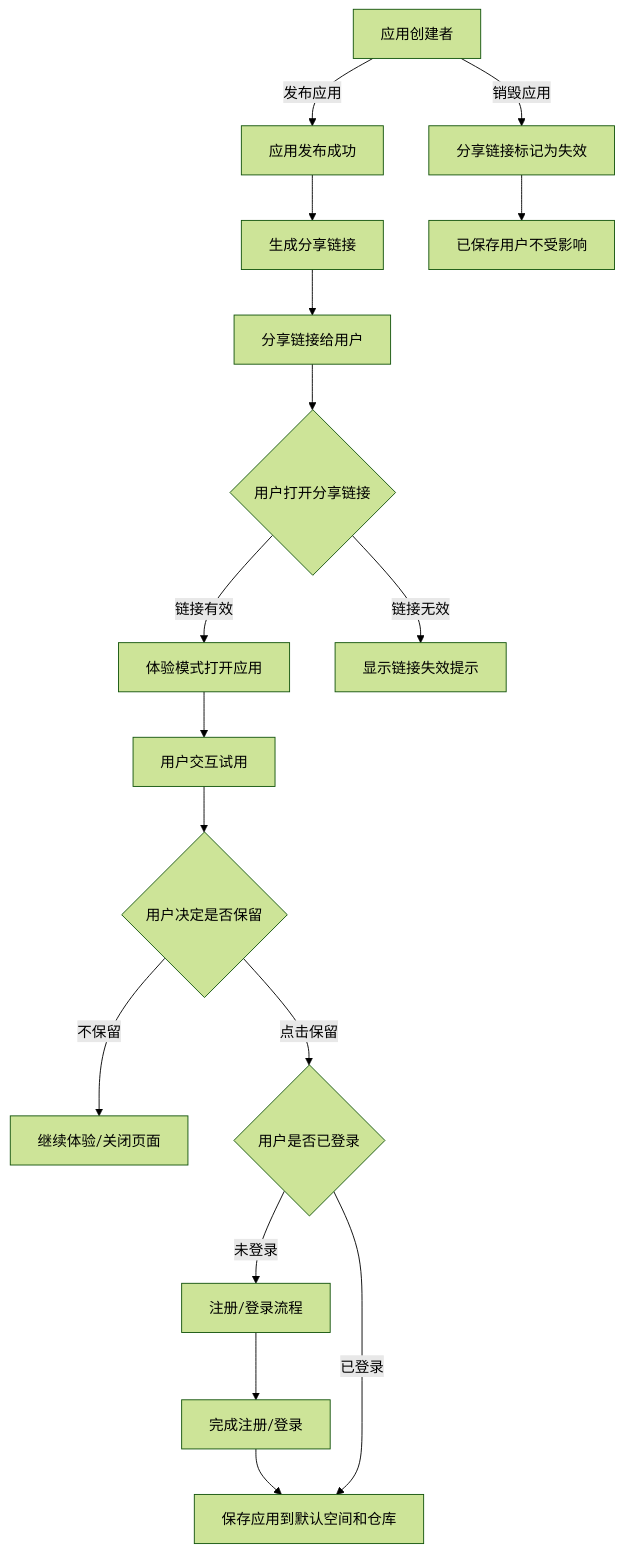
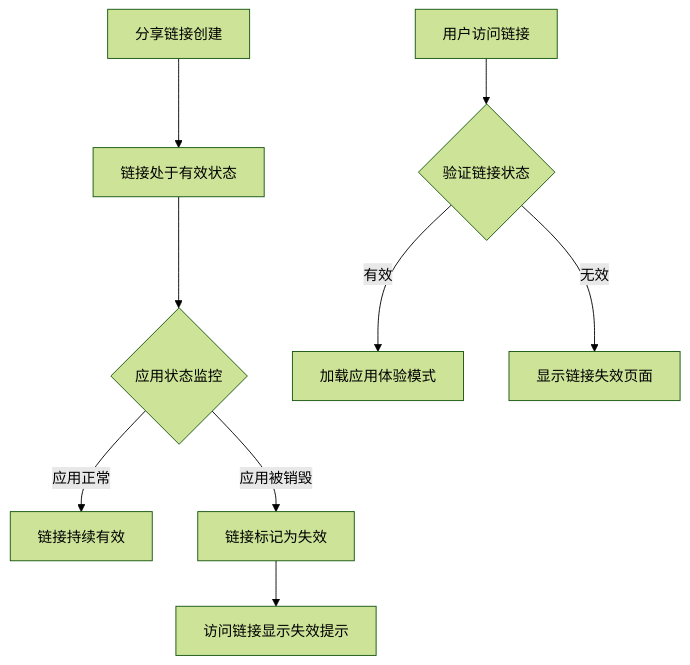
Before and after one commit to yingjianzh/iodraw-files: the diagram in all/未命名-64.md, drawn with Mermaid (forest theme).

Commit message:
2025-05-21 18:21:00 update

````diff
--- a/all/未命名-64.md
+++ b/all/未命名-64.md
@@ -1,20 +1,12 @@
 ```mermaid
 flowchart TD
-    A[应用创建者] -->|发布应用| B[应用发布成功]
-    B --> C[生成分享链接]
-    C --> D[分享链接给用户]
-    D --> E{用户打开分享链接}
-    E -->|链接有效| F[体验模式打开应用]
-    E -->|链接无效| F1[显示链接失效提示]
-    F --> G[用户交互试用]
-    G --> H{用户决定是否保留}
-    H -->|不保留| I[继续体验/关闭页面]
-    H -->|点击保留| J{用户是否已登录}
-    J -->|未登录| K[注册/登录流程]
-    K --> L[完成注册/登录]
-    L --> M[保存应用到默认空间和仓库]
-    J -->|已登录| M
+    A[分享链接创建] --> B[链接处于有效状态]
+    B --> C{应用状态监控}
+    C -->|应用正常| D[链接持续有效]
+    C -->|应用被销毁| E[链接标记为失效]
+    E --> F[访问链接显示失效提示]
     
-    A -->|销毁应用| N[分享链接标记为失效]
-    N --> O[已保存用户不受影响]
+    G[用户访问链接] --> H{验证链接状态}
+    H -->|有效| I[加载应用体验模式]
+    H -->|无效| J[显示链接失效页面]
 ```
````
